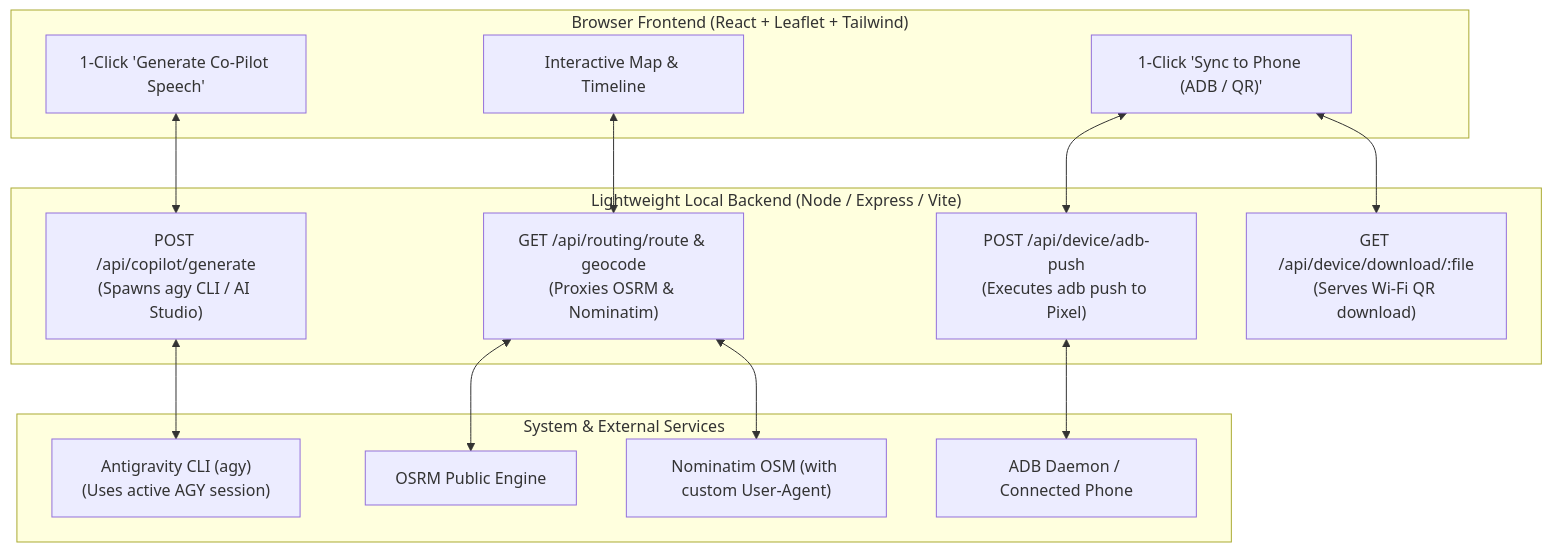
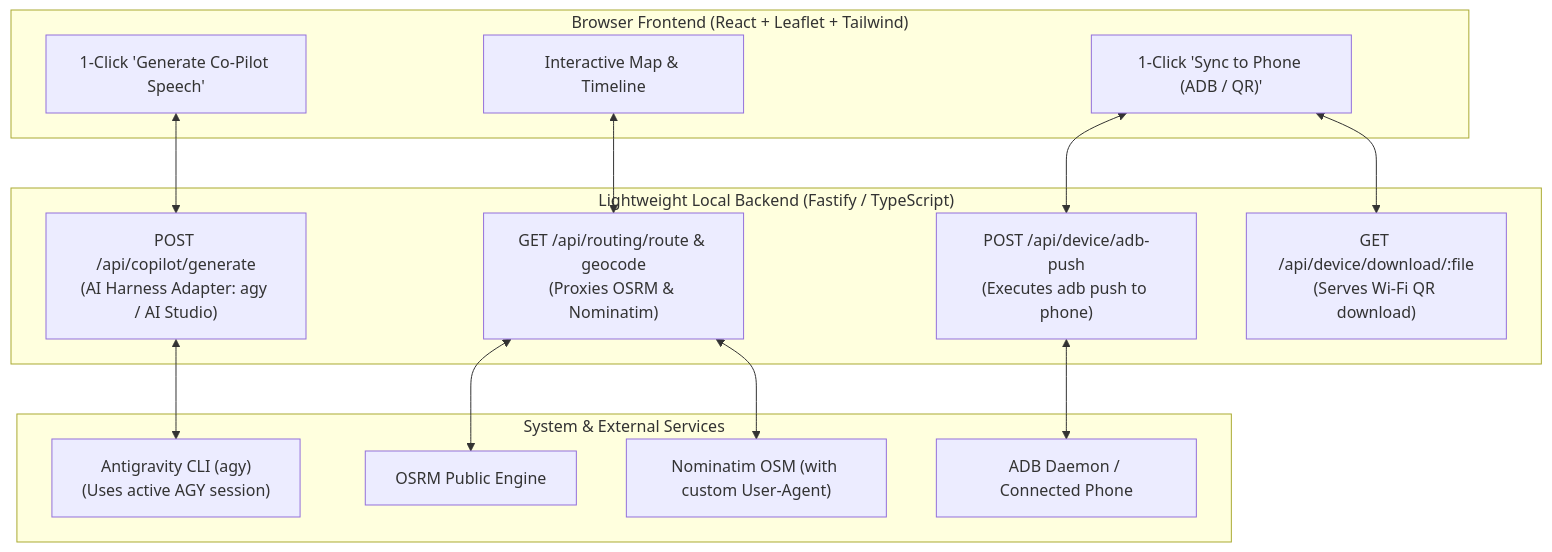
The second of 3 diagrams in docs/route_builder_research_and_architecture.md (ecoonradt/roadtrip-copilot), drawn with Mermaid before and after one commit. The commit also changed other lines of this file and 9 other files, not shown here.

````diff
--- a/docs/route_builder_research_and_architecture.md
+++ b/docs/route_builder_research_and_architecture.md
@@ -246,32 +244,32 @@
 ```mermaid
 flowchart TD
     subgraph BrowserUI["Browser Frontend (React + Leaflet + Tailwind)"]
         UI1["Interactive Map & Timeline"]
         UI2["1-Click 'Generate Co-Pilot Speech'"]
         UI3["1-Click 'Sync to Phone (ADB / QR)'"]
     end
 
-    subgraph LocalBackend["Lightweight Local Backend (Node / Express / Vite)"]
-        API1["POST /api/copilot/generate\n(Spawns agy CLI / AI Studio)"]
+    subgraph LocalBackend["Lightweight Local Backend (Fastify / TypeScript)"]
+        API1["POST /api/copilot/generate\n(AI Harness Adapter: agy / AI Studio)"]
         API2["GET /api/routing/route & geocode\n(Proxies OSRM & Nominatim)"]
-        API3["POST /api/device/adb-push\n(Executes adb push to Pixel)"]
+        API3["POST /api/device/adb-push\n(Executes adb push to phone)"]
         API4["GET /api/device/download/:file\n(Serves Wi-Fi QR download)"]
     end
 
     subgraph LocalServices["System & External Services"]
         CLI["Antigravity CLI (agy)\n(Uses active AGY session)"]
         OSRM["OSRM Public Engine"]
         NOM["Nominatim OSM (with custom User-Agent)"]
         ADB["ADB Daemon / Connected Phone"]
     end
 
     UI1 <--> API2
     UI2 <--> API1
     UI3 <--> API3
     UI3 <--> API4
 
     API1 <--> CLI
     API2 <--> OSRM
     API2 <--> NOM
     API3 <--> ADB
 ```
````
